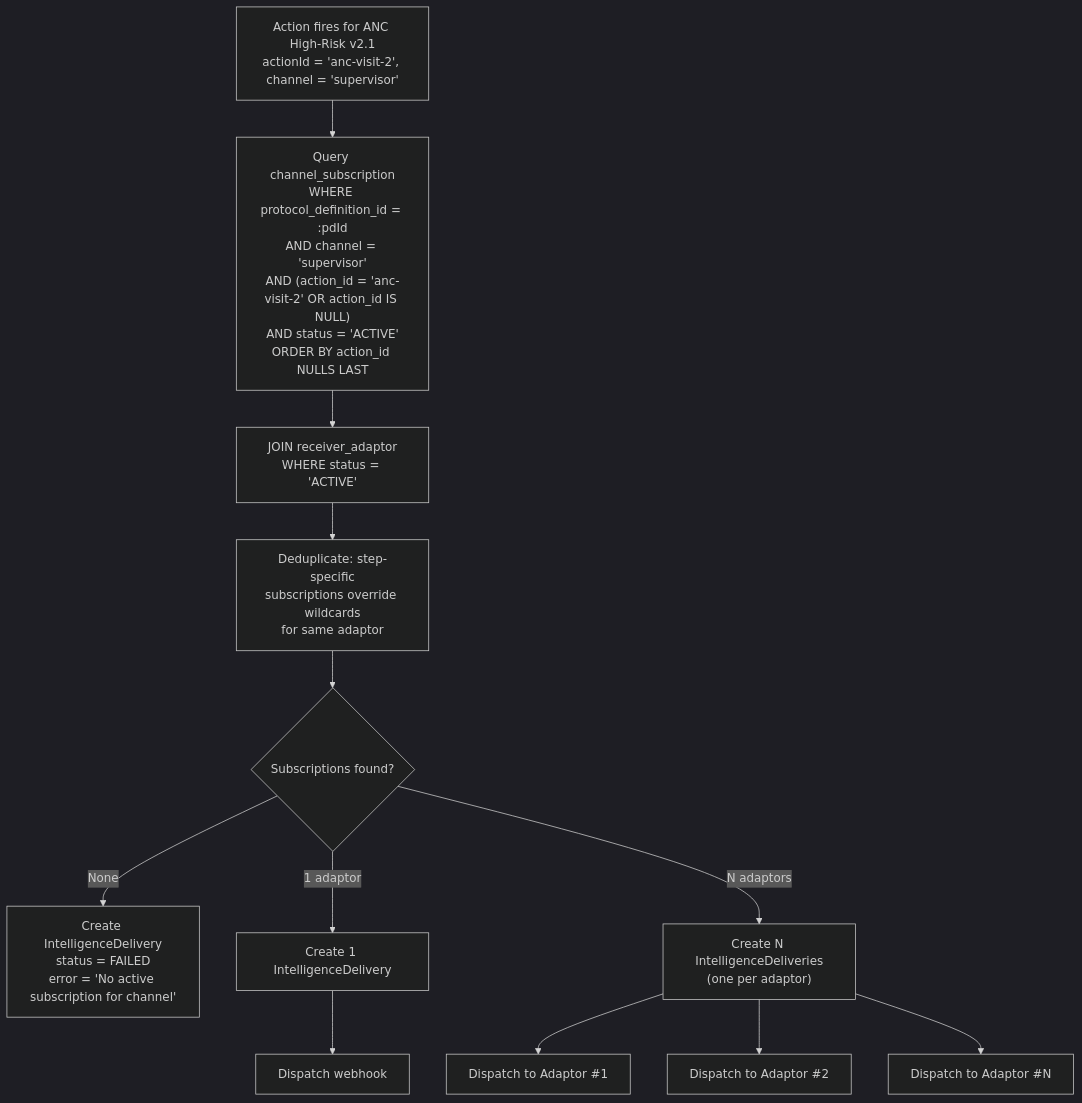
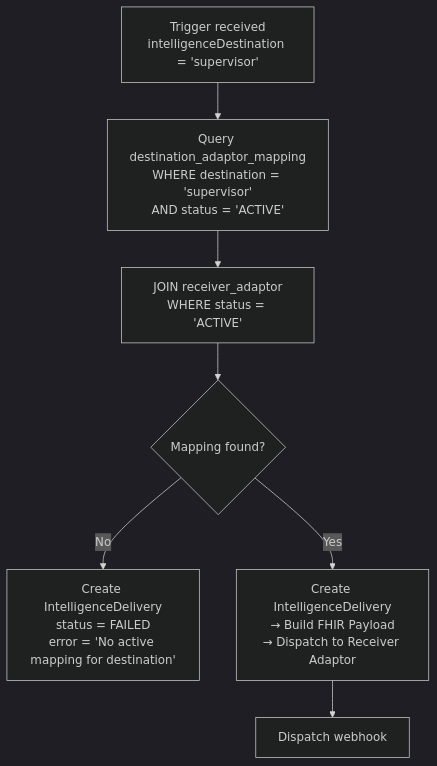
One commit to Jayaprakash8887/cce-intelligence-service changed the third of 12 diagrams in docs/flow-diagrams.md. Above: the diagram before and after it, drawn with Mermaid (dark theme). The commit also changed other lines of this file and 39 other files, not shown here.

First line of the commit message:
feat: Refactor channel subscription to destination adaptor mapping

````diff
--- a/docs/flow-diagrams.md
+++ b/docs/flow-diagrams.md
@@ -115,16 +109,11 @@
 ```mermaid
 flowchart TD
-    ACTION["Action fires for ANC High-Risk v2.1<br/>actionId = 'anc-visit-2', channel = 'supervisor'"] --> QUERY["Query channel_subscription<br/>WHERE protocol_definition_id = :pdId<br/>AND channel = 'supervisor'<br/>AND (action_id = 'anc-visit-2' OR action_id IS NULL)<br/>AND status = 'ACTIVE'<br/>ORDER BY action_id NULLS LAST"]
+    ACTION["Trigger received<br/>intelligenceDestination = 'supervisor'"] --> QUERY["Query destination_adaptor_mapping<br/>WHERE destination = 'supervisor'<br/>AND status = 'ACTIVE'"]
     QUERY --> JOIN["JOIN receiver_adaptor<br/>WHERE status = 'ACTIVE'"]
-    JOIN --> DEDUP["Deduplicate: step-specific<br/>subscriptions override wildcards<br/>for same adaptor"]
-    DEDUP --> RESULT{Subscriptions found?}
+    JOIN --> RESULT{Mapping found?}
 
-    RESULT -->|None| FAIL["Create IntelligenceDelivery<br/>status = FAILED<br/>error = 'No active subscription for channel'"]
-    RESULT -->|1 adaptor| SINGLE["Create 1 IntelligenceDelivery"]
-    RESULT -->|N adaptors| FANOUT["Create N IntelligenceDeliveries<br/>(one per adaptor)"]
+    RESULT -->|No| FAIL["Create IntelligenceDelivery<br/>status = FAILED<br/>error = 'No active mapping for destination'"]
+    RESULT -->|Yes| DELIVER["Create IntelligenceDelivery<br/>→ Build FHIR Payload<br/>→ Dispatch to Receiver Adaptor"]
 
-    SINGLE --> DISPATCH["Dispatch webhook"]
-    FANOUT --> D1["Dispatch to Adaptor #1"]
-    FANOUT --> D2["Dispatch to Adaptor #2"]
-    FANOUT --> DN["Dispatch to Adaptor #N"]
+    DELIVER --> DISPATCH["Dispatch webhook"]
 ```
````
